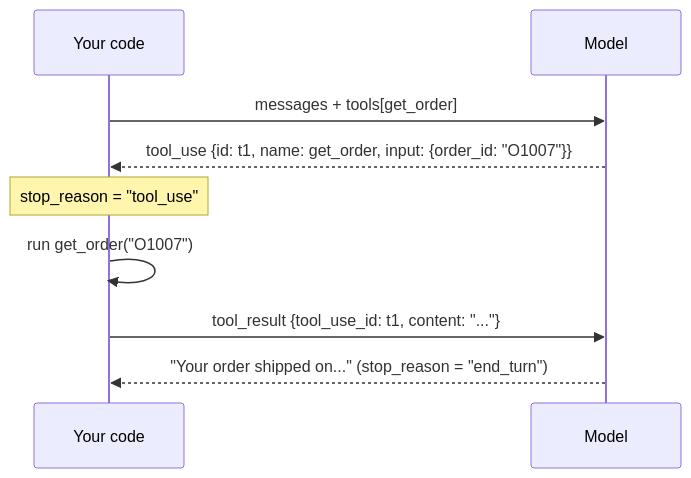
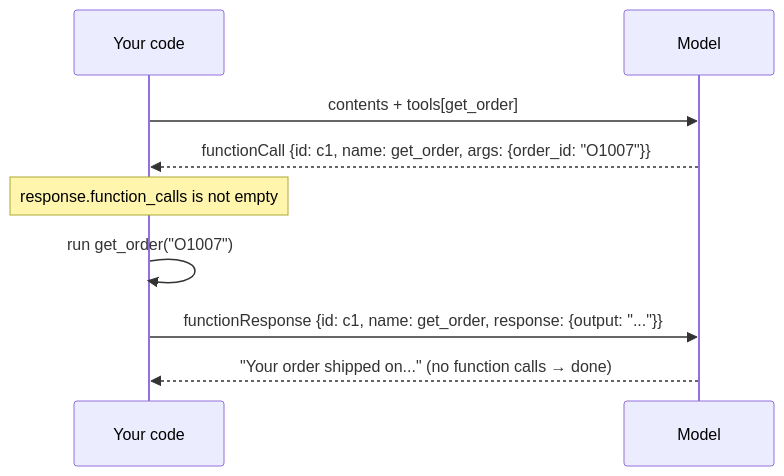
The diagram in week-1/theory/day-02-tool-calling.md (Rahulverma5/agentic-ai-course), drawn with Mermaid before and after one commit. The commit also changed other lines of this file and 48 other files, not shown here.

````diff
--- a/week-1/theory/day-02-tool-calling.md
+++ b/week-1/theory/day-02-tool-calling.md
@@ -20,11 +20,11 @@
 ```mermaid
 sequenceDiagram
     participant App as Your code
     participant LLM as Model
-    App->>LLM: messages + tools[get_order]
-    LLM-->>App: tool_use {id: t1, name: get_order, input: {order_id: "O1007"}}
-    Note over App: stop_reason = "tool_use"
+    App->>LLM: contents + tools[get_order]
+    LLM-->>App: functionCall {id: c1, name: get_order, args: {order_id: "O1007"}}
+    Note over App: response.function_calls is not empty
     App->>App: run get_order("O1007")
-    App->>LLM: tool_result {tool_use_id: t1, content: "..."}
-    LLM-->>App: "Your order shipped on..."  (stop_reason = "end_turn")
+    App->>LLM: functionResponse {id: c1, name: get_order, response: {output: "..."}}
+    LLM-->>App: "Your order shipped on..."  (no function calls → done)
 ```
````
